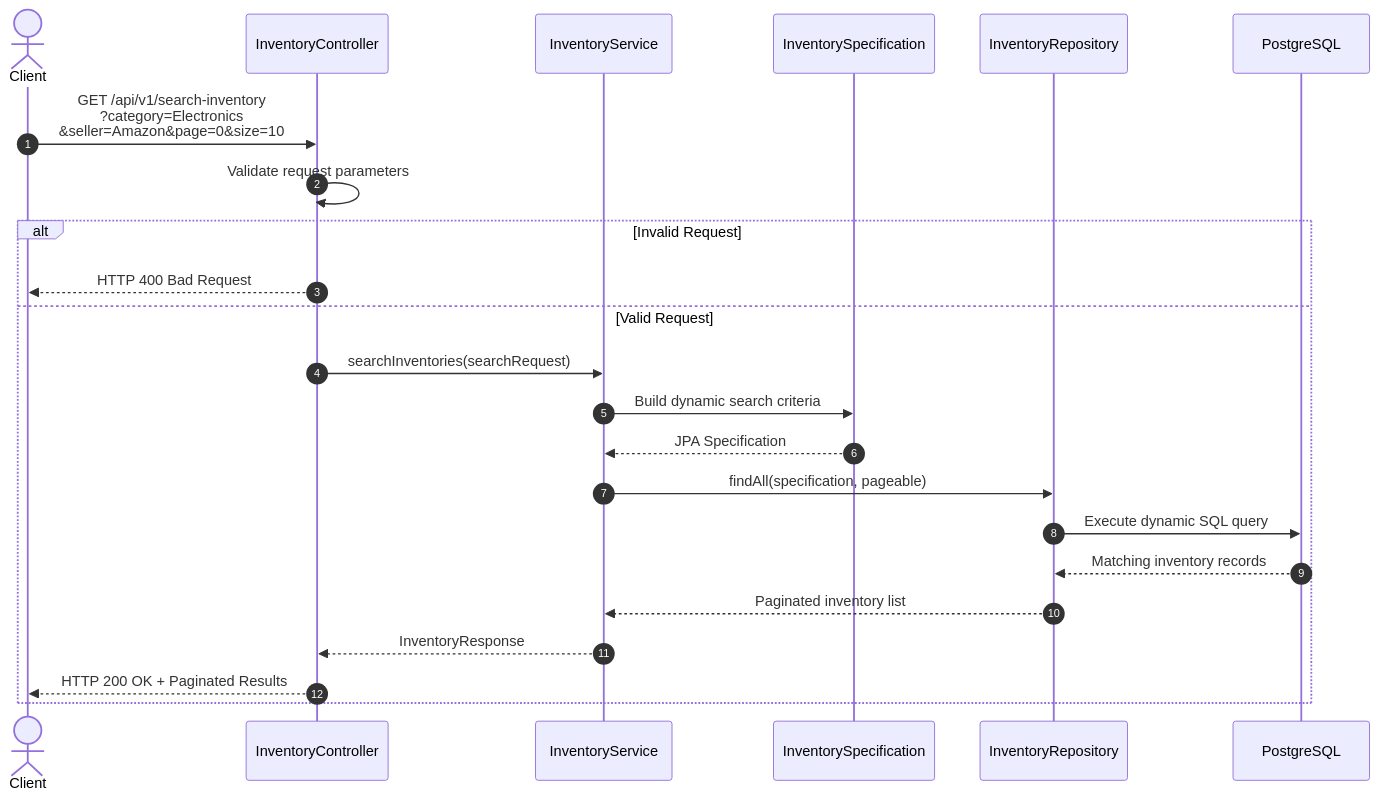
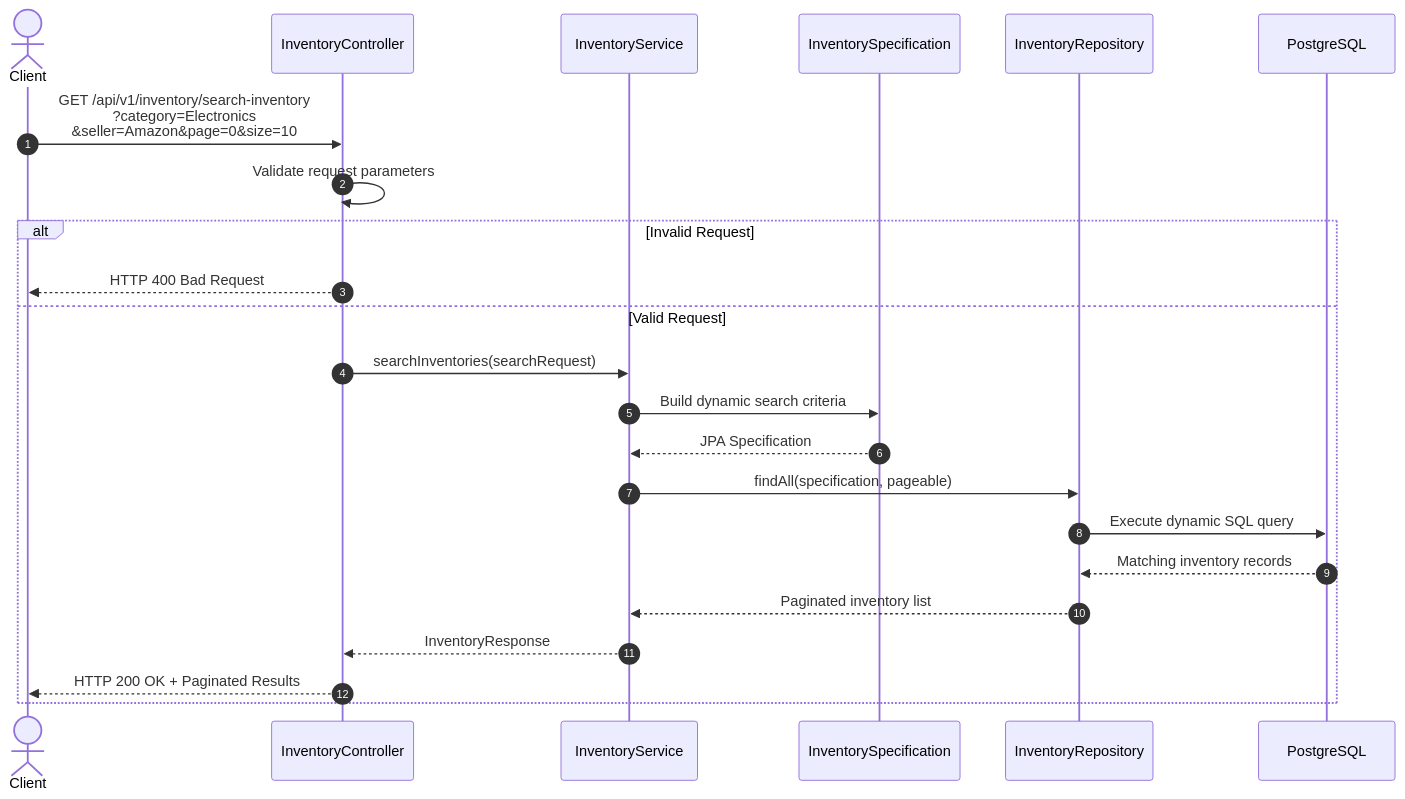
The first of 3 diagrams in README.md (chaitanya-naralasetti-19/inventory-management-service), drawn with Mermaid before and after one commit. The commit also changed other lines of this file and 15 other files, not shown here.

````diff
--- a/README.md
+++ b/README.md
@@ -18,37 +18,37 @@
 ```mermaid
 sequenceDiagram
     autonumber
 
     actor Client
     participant Controller as InventoryController
     participant Service as InventoryService
     participant Spec as InventorySpecification
     participant Repo as InventoryRepository
     participant DB as PostgreSQL
 
-    Client->>Controller: GET /api/v1/search-inventory<br/>?category=Electronics<br/>&seller=Amazon&page=0&size=10
+    Client->>Controller: GET /api/v1/inventory/search-inventory<br/>?category=Electronics<br/>&seller=Amazon&page=0&size=10
 
     Controller->>Controller: Validate request parameters
 
     alt Invalid Request
         Controller-->>Client: HTTP 400 Bad Request
     else Valid Request
         Controller->>Service: searchInventories(searchRequest)
 
         Service->>Spec: Build dynamic search criteria
 
         Spec-->>Service: JPA Specification
 
         Service->>Repo: findAll(specification, pageable)
 
         Repo->>DB: Execute dynamic SQL query
 
         DB-->>Repo: Matching inventory records
 
         Repo-->>Service: Paginated inventory list
 
         Service-->>Controller: InventoryResponse
 
         Controller-->>Client: HTTP 200 OK + Paginated Results
     end
 ```
````
